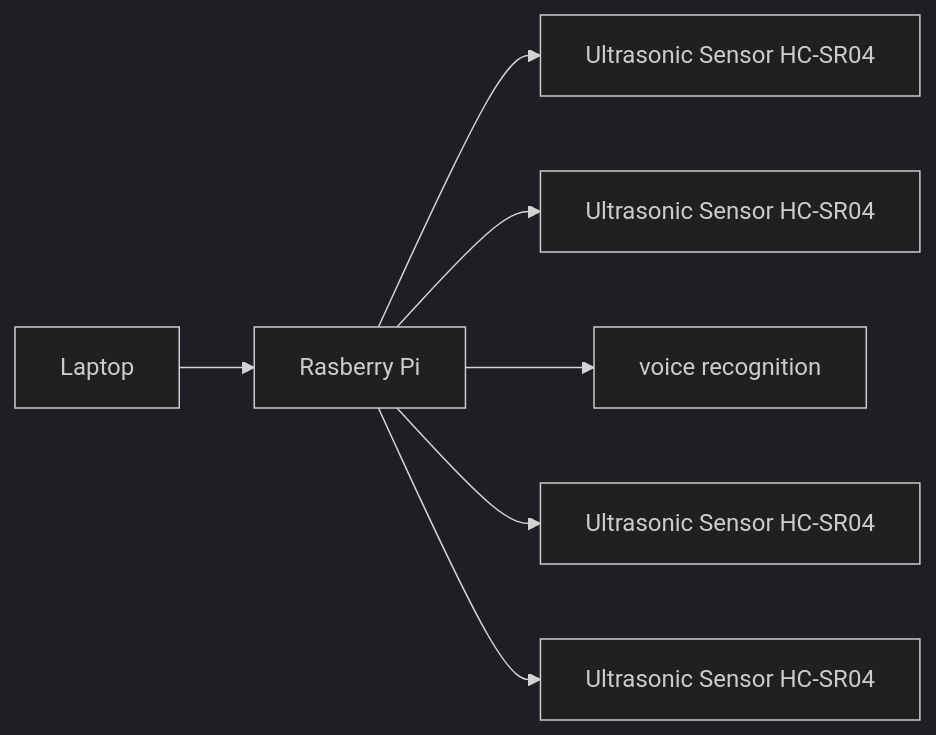
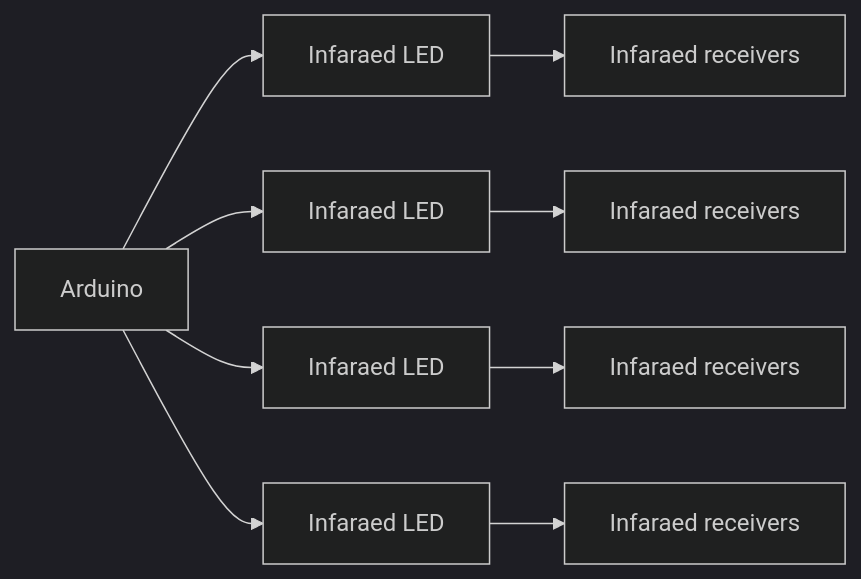
Before and after one commit to deniseten/EGL315: the first of 4 diagrams in README.md, drawn with Mermaid (dark theme).

````diff
--- a/README.md
+++ b/README.md
@@ -7,9 +7,8 @@
 ```mermaid
 graph LR
 
-A[Laptop] --> B[Rasberry Pi] --> C[Ultrasonic Sensor HC-SR04] 
-B --> D[Ultrasonic Sensor HC-SR04]
-B --> E[voice recognition]
-B --> F[Ultrasonic Sensor HC-SR04]
-B --> G[Ultrasonic Sensor HC-SR04]
+B[Arduino] --> C[Infaraed LED] --> D[Infaraed receivers]
+B --> F[Infaraed LED] --> G[Infaraed receivers]
+B --> E[Infaraed LED] --> H[Infaraed receivers]
+B --> I[Infaraed LED] --> J[Infaraed receivers]
 ```
````
